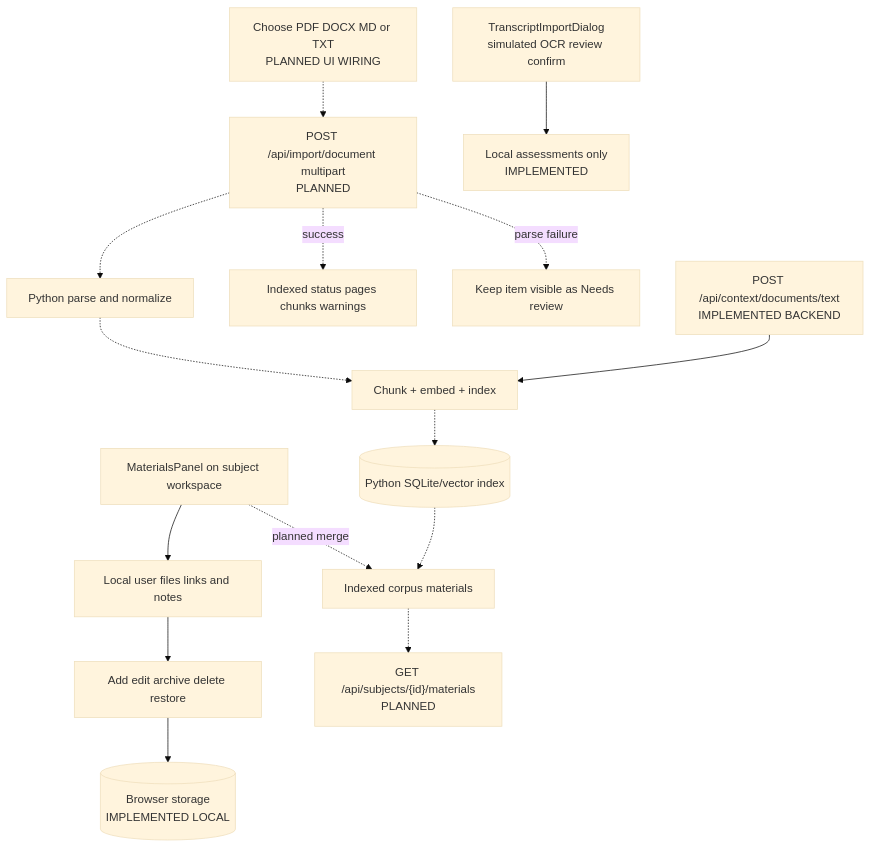
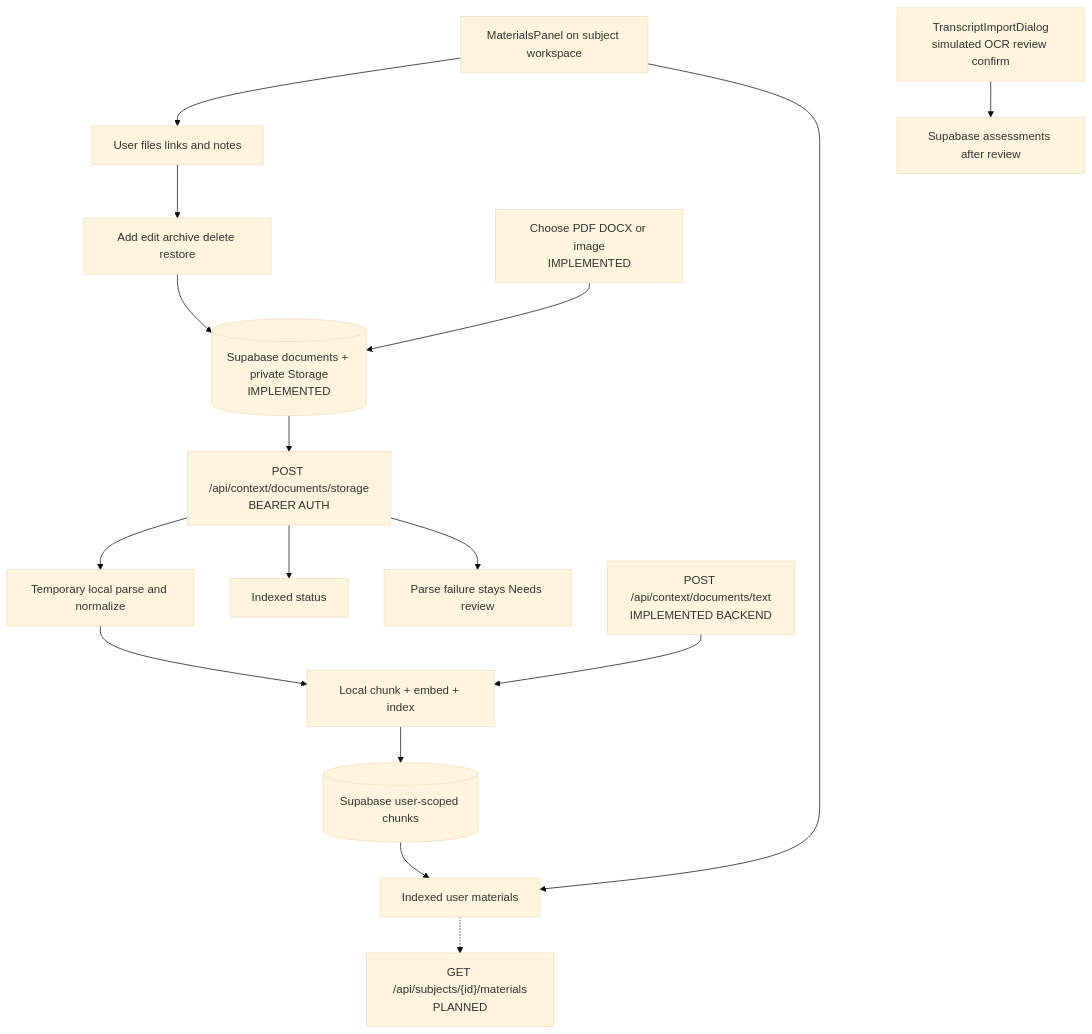
One commit to keyshavmor/study-swiss-star changed the diagram in lovabledocs/wireframes/11-materials.mmd. Above: the diagram before and after it, drawn with Mermaid (base theme). The commit also changed 118 other files, not shown here.

```diff
--- a/lovabledocs/wireframes/11-materials.mmd
+++ b/lovabledocs/wireframes/11-materials.mmd
@@ -1,15 +1,16 @@
 flowchart TD
-  Panel[MaterialsPanel on subject workspace] --> LocalList[Local user files links and notes]
+  Panel[MaterialsPanel on subject workspace] --> LocalList[User files links and notes]
   LocalList --> CRUD[Add edit archive delete restore]
-  CRUD --> Local[(Browser storage\nIMPLEMENTED LOCAL)]
-  Panel -. planned merge .-> BackendList[Indexed corpus materials]
+  CRUD --> Cloud[(Supabase documents + private Storage\nIMPLEMENTED)]
+  Panel --> BackendList[Indexed user materials]
   BackendList -.-> GET["GET /api/subjects/{id}/materials\nPLANNED"]
-  Upload[Choose PDF DOCX MD or TXT\nPLANNED UI WIRING] -.-> Import[POST /api/import/document multipart\nPLANNED]
-  Import -.-> Parse[Python parse and normalize]
-  Parse -.-> Chunk[Chunk + embed + index]
-  Chunk -.-> Store[(Python SQLite/vector index)]
-  Store -.-> BackendList
-  Import -. success .-> Status[Indexed status pages chunks warnings]
-  Import -. parse failure .-> Review[Keep item visible as Needs review]
+  Upload[Choose PDF DOCX or image\nIMPLEMENTED] --> Cloud
+  Cloud --> Import[POST /api/context/documents/storage\nBEARER AUTH]
+  Import --> Parse[Temporary local parse and normalize]
+  Parse --> Chunk[Local chunk + embed + index]
+  Chunk --> Store[(Supabase user-scoped chunks)]
+  Store --> BackendList
+  Import --> Status[Indexed status]
+  Import --> Review[Parse failure stays Needs review]
   Text[POST /api/context/documents/text\nIMPLEMENTED BACKEND] --> Chunk
-  Transcript[TranscriptImportDialog\nsimulated OCR review confirm] --> Assessments[Local assessments only\nIMPLEMENTED]
+  Transcript[TranscriptImportDialog\nsimulated OCR review confirm] --> Assessments[Supabase assessments after review]
```
